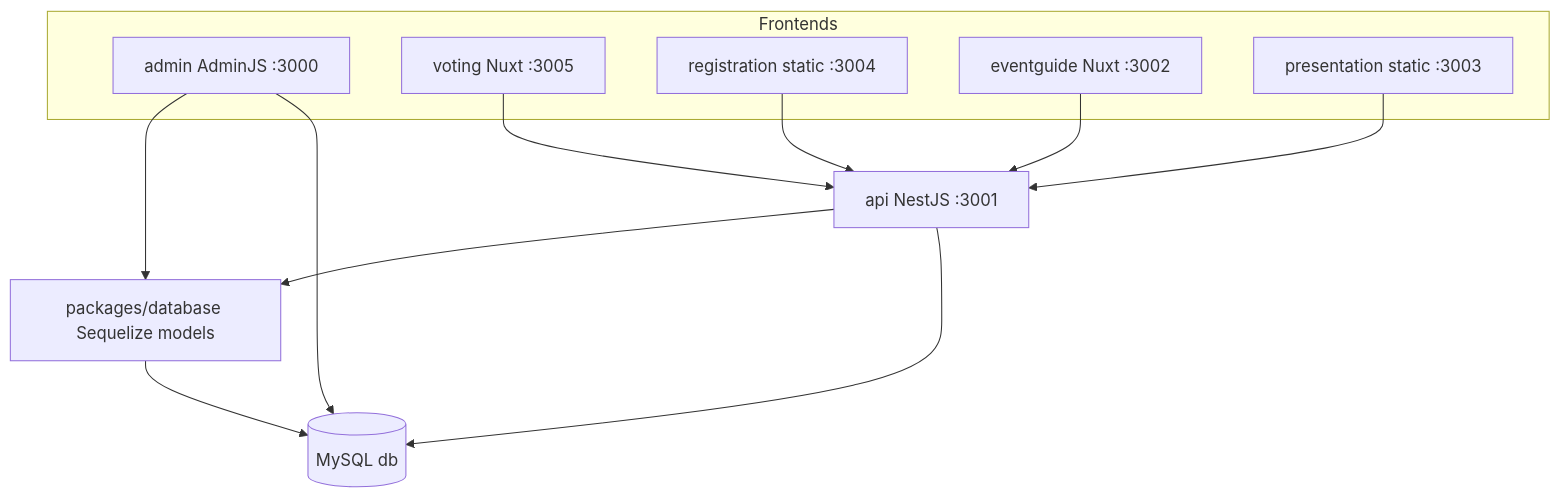
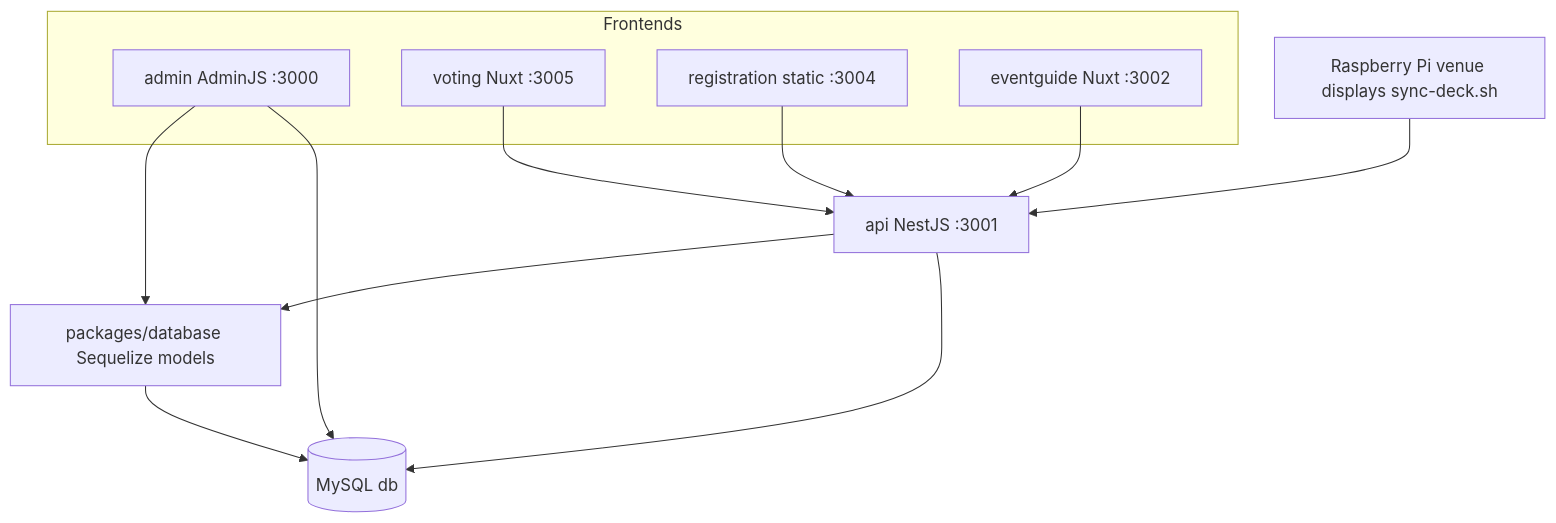
Before and after one commit to CoolestProjectsBelgium/mono: the diagram in docs/architecture.md, drawn with Mermaid. The commit also changed other lines of this file and 27 other files, not shown here.

````diff
--- a/docs/architecture.md
+++ b/docs/architecture.md
@@ -7,24 +7,24 @@
 ```mermaid
 flowchart TB
   subgraph frontends [Frontends]
     admin[admin AdminJS :3000]
     voting[voting Nuxt :3005]
     registration[registration static :3004]
     eventguide[eventguide Nuxt :3002]
-    presentation[presentation static :3003]
   end
 
   api[api NestJS :3001]
   dbPkg[packages/database Sequelize models]
   mysql[(MySQL db)]
+  pis[Raspberry Pi venue displays sync-deck.sh]
 
   admin --> dbPkg
   api --> dbPkg
   voting --> api
   registration --> api
   eventguide --> api
-  presentation --> api
+  pis --> api
   dbPkg --> mysql
   api --> mysql
   admin --> mysql
 ```
````
